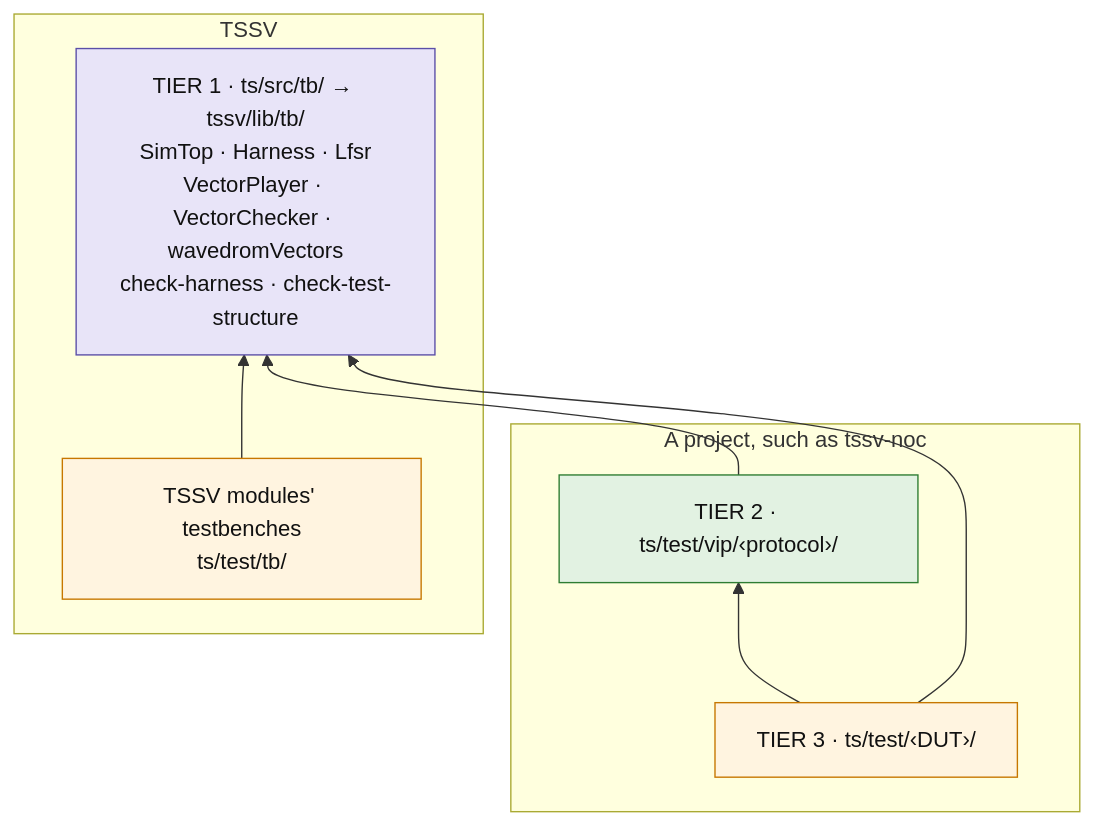
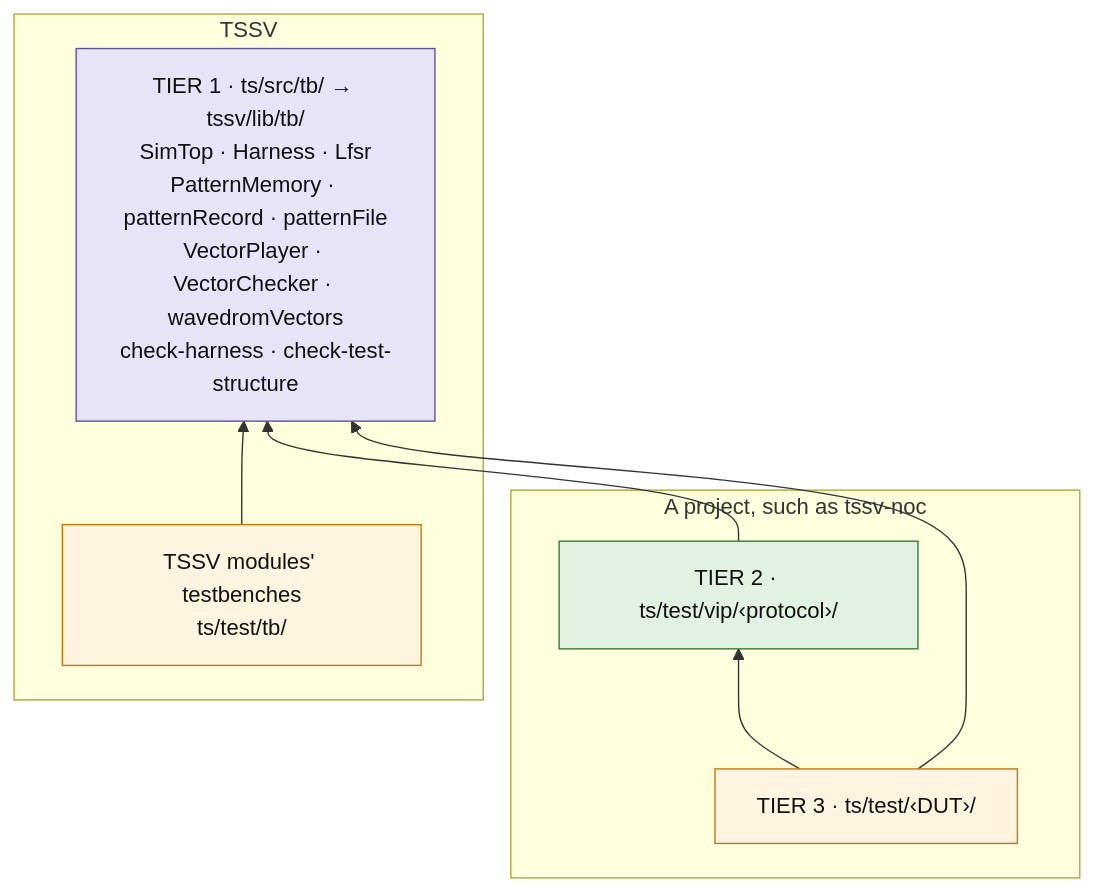
Before and after one commit to TypeScriptSystemVerilog/TSSV: the second of 3 diagrams in doc/framework/testbench.md, drawn with Mermaid. The commit also changed other lines of this file and 3 other files, not shown here.

````diff
--- a/doc/framework/testbench.md
+++ b/doc/framework/testbench.md
@@ -109,22 +117,22 @@
 ```mermaid
 flowchart BT
   subgraph TSSV["TSSV"]
-    T1["TIER 1 · ts/src/tb/ → tssv/lib/tb/<br/>SimTop · Harness · Lfsr<br/>VectorPlayer · VectorChecker · wavedromVectors<br/>check-harness · check-test-structure"]
+    T1["TIER 1 · ts/src/tb/ → tssv/lib/tb/<br/>SimTop · Harness · Lfsr<br/>PatternMemory · patternRecord · patternFile<br/>VectorPlayer · VectorChecker · wavedromVectors<br/>check-harness · check-test-structure"]
     TM["TSSV modules' testbenches<br/>ts/test/tb/"]
   end
   subgraph PRJ["A project, such as tssv-noc"]
     T2["TIER 2 · ts/test/vip/‹protocol›/"]
     T3["TIER 3 · ts/test/‹DUT›/"]
   end
   TM --> T1
   T2 --> T1
   T3 --> T2
   T3 --> T1
 
   classDef t1 fill:#e8e4f8,stroke:#5b4fa8,color:#111
   classDef t2 fill:#e2f2e2,stroke:#2e7d32,color:#111
   classDef t3 fill:#fff4e0,stroke:#c77700,color:#111
   class T1 t1
   class T2 t2
   class T3,TM t3
 ```
````
